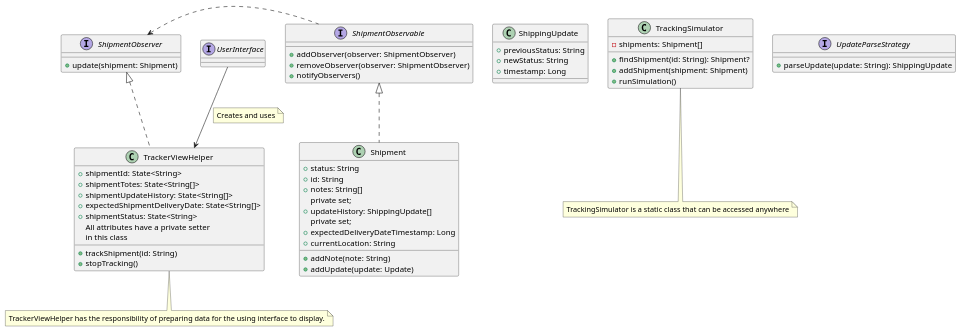
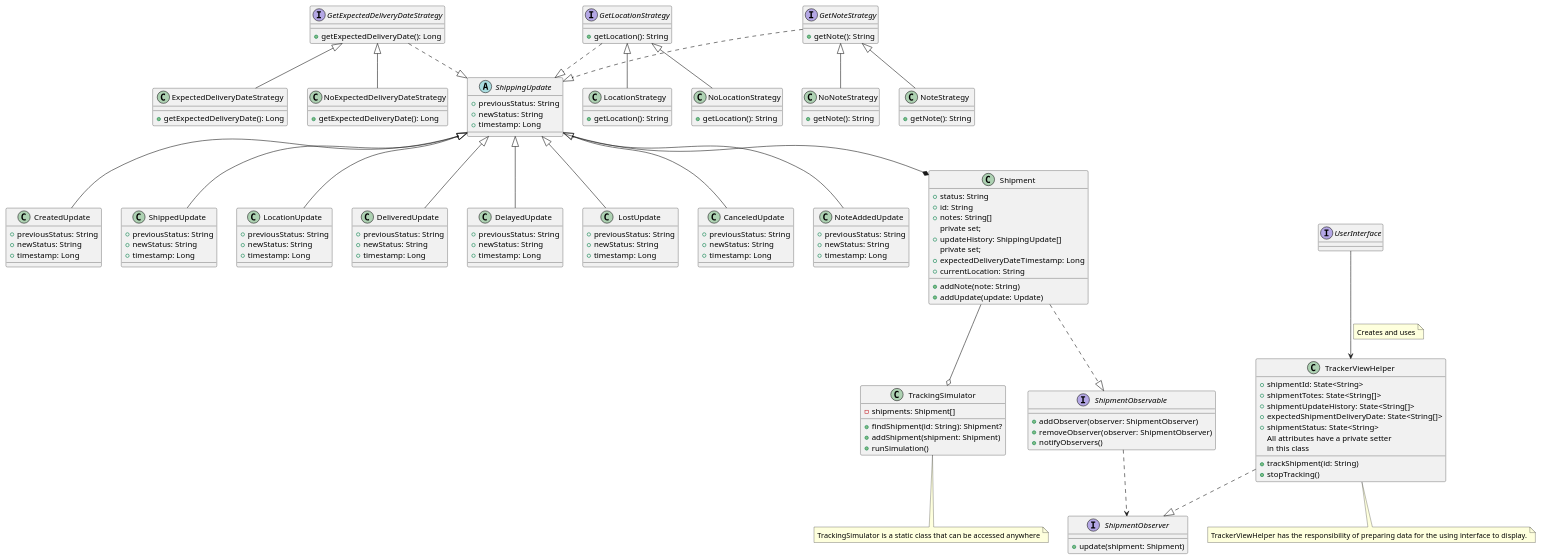
One commit to quality-liquid/cs5700-assn2-shipment-tracker changed the diagram in diagrams/src/shipment-tracker.plantuml. Above: the diagram before and after it, drawn with PlantUML.

Commit message:
laid out updated uml in accordance with current design

```diff
--- a/diagrams/src/shipment-tracker.plantuml
+++ b/diagrams/src/shipment-tracker.plantuml
@@ -1,71 +1,173 @@
 @startuml "Shipment Tracker"
 
 interface UserInterface
 
 class TrackerViewHelper {
     + shipmentId: State<String>
     + shipmentTotes: State<String[]>
     + shipmentUpdateHistory: State<String[]>
     + expectedShipmentDeliveryDate: State<String[]>
     + shipmentStatus: State<String>
     All attributes have a private setter
     in this class
 
     + trackShipment(id: String)
     + stopTracking()
 }
 
 interface ShipmentObserver {
     + update(shipment: Shipment)
 }
 
 interface ShipmentObservable {
     + addObserver(observer: ShipmentObserver)
     + removeObserver(observer: ShipmentObserver)
     + notifyObservers()
 }
     
 note "TrackerViewHelper has the responsibility of preparing data for the using interface to display." as viewHelperNote
 
-class ShippingUpdate {
+abstract class ShippingUpdate {
     + previousStatus: String
     + newStatus: String
     + timestamp: Long
+}
+
+class CreatedUpdate {
+    + previousStatus: String
+    + newStatus: String
+    + timestamp: Long
+}
+
+class ShippedUpdate {
+    + previousStatus: String
+    + newStatus: String
+    + timestamp: Long
+}
+
+class LocationUpdate {
+    + previousStatus: String
+    + newStatus: String
+    + timestamp: Long
+}
+
+class DeliveredUpdate {
+    + previousStatus: String
+    + newStatus: String
+    + timestamp: Long
+}
+
+class DelayedUpdate {
+    + previousStatus: String
+    + newStatus: String
+    + timestamp: Long
+}
+
+class LostUpdate {
+    + previousStatus: String
+    + newStatus: String
+    + timestamp: Long
+}
+
+class CanceledUpdate {
+    + previousStatus: String
+    + newStatus: String
+    + timestamp: Long
+}
+
+class NoteAddedUpdate {
+    + previousStatus: String
+    + newStatus: String
+    + timestamp: Long
+}
+
+interface GetNoteStrategy {
+    + getNote(): String
+}
+
+class NoNoteStrategy {
+    + getNote(): String
+}
+
+class NoteStrategy {
+    + getNote(): String
+}
+
+class LocationStrategy {
+    + getLocation(): String
+}
+
+class NoLocationStrategy {
+    + getLocation(): String
+}
+
+class ExpectedDeliveryDateStrategy {
+    + getExpectedDeliveryDate(): Long
+}
+
+class NoExpectedDeliveryDateStrategy {
+    + getExpectedDeliveryDate(): Long
+}
+
+interface GetLocationStrategy {
+    + getLocation(): String
+}
+
+interface GetExpectedDeliveryDateStrategy {
+    + getExpectedDeliveryDate(): Long
 }
 
 class Shipment {
     +status: String
     +id: String
     +notes: String[]
     private set;
     +updateHistory: ShippingUpdate[]
     private set;
     +expectedDeliveryDateTimestamp: Long
     +currentLocation: String
     +addNote(note: String)
     +addUpdate(update: Update)
 }
 
 class TrackingSimulator {
     - shipments: Shipment[]
     + findShipment(id: String): Shipment?
     + addShipment(shipment: Shipment)
     + runSimulation()
 }
 
 note "TrackingSimulator is a static class that can be accessed anywhere" as tsimnote
 
-interface UpdateParseStrategy {
-    + parseUpdate(update: String): ShippingUpdate
+ShippingUpdate <|.u. GetNoteStrategy
+ShippingUpdate <|.u. GetLocationStrategy
+ShippingUpdate <|.u. GetExpectedDeliveryDateStrategy
 
-}
+GetNoteStrategy <|-- NoNoteStrategy
+GetNoteStrategy <|-- NoteStrategy
+GetLocationStrategy <|-- LocationStrategy
+GetLocationStrategy <|-- NoLocationStrategy
+GetExpectedDeliveryDateStrategy <|-- ExpectedDeliveryDateStrategy
+GetExpectedDeliveryDateStrategy <|-- NoExpectedDeliveryDateStrategy
 
-TrackerViewHelper .u.|> ShipmentObserver
-ShipmentObservable .l.> ShipmentObserver
-Shipment .u.|> ShipmentObservable
+ShippingUpdate <|-- CreatedUpdate
+ShippingUpdate <|-- ShippedUpdate
+ShippingUpdate <|-- LocationUpdate
+ShippingUpdate <|-- DeliveredUpdate
+ShippingUpdate <|-- DelayedUpdate
+ShippingUpdate <|-- LostUpdate
+ShippingUpdate <|-- CanceledUpdate
+ShippingUpdate <|-- NoteAddedUpdate
+
+TrackerViewHelper ..|> ShipmentObserver
+ShipmentObservable ..> ShipmentObserver
+Shipment ..|> ShipmentObservable
 UserInterface --> TrackerViewHelper
 note on link: Creates and uses
 TrackerViewHelper -- viewHelperNote
 TrackingSimulator -- tsimnote
 
+Shipment --o TrackingSimulator
+ShippingUpdate --* Shipment
+
 @enduml
```
